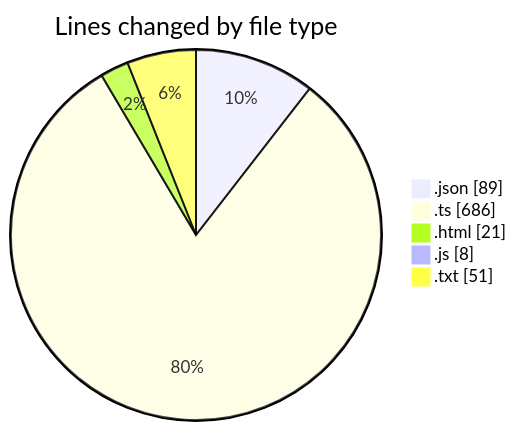
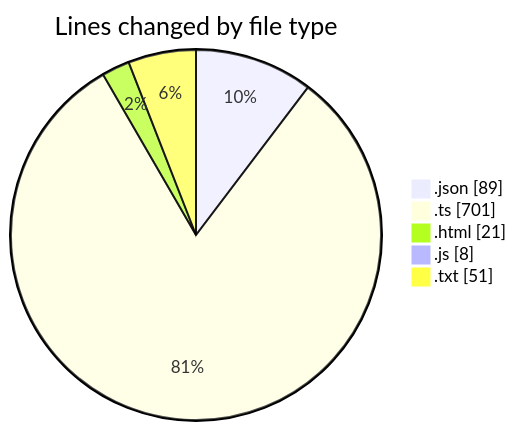
One commit to tmsrecording-cyber/code-tracking changed the first of 2 diagrams in 2026-02-02/singularitybrainai/README.md. Above: the diagram before and after it, drawn with Mermaid. The commit also changed other lines of this file and 1 other file, not shown here.

````diff
--- a/2026-02-02/singularitybrainai/README.md
+++ b/2026-02-02/singularitybrainai/README.md
@@ -28,9 +28,9 @@
 ```mermaid
 pie showData
 title Lines changed by file type
 ".json" : 89
-".ts" : 686
+".ts" : 701
 ".html" : 21
 ".js" : 8
 ".txt" : 51
 ```
````
